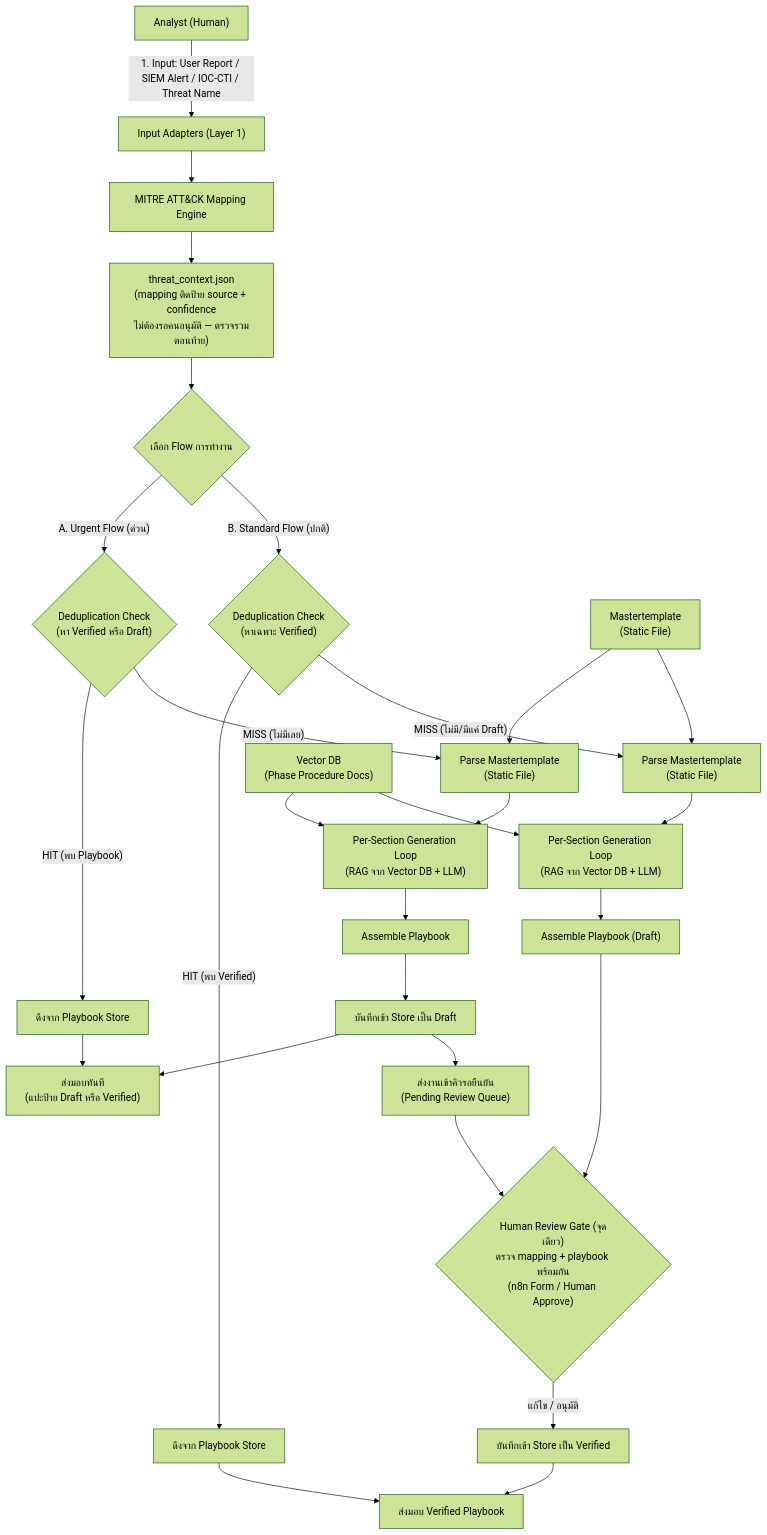
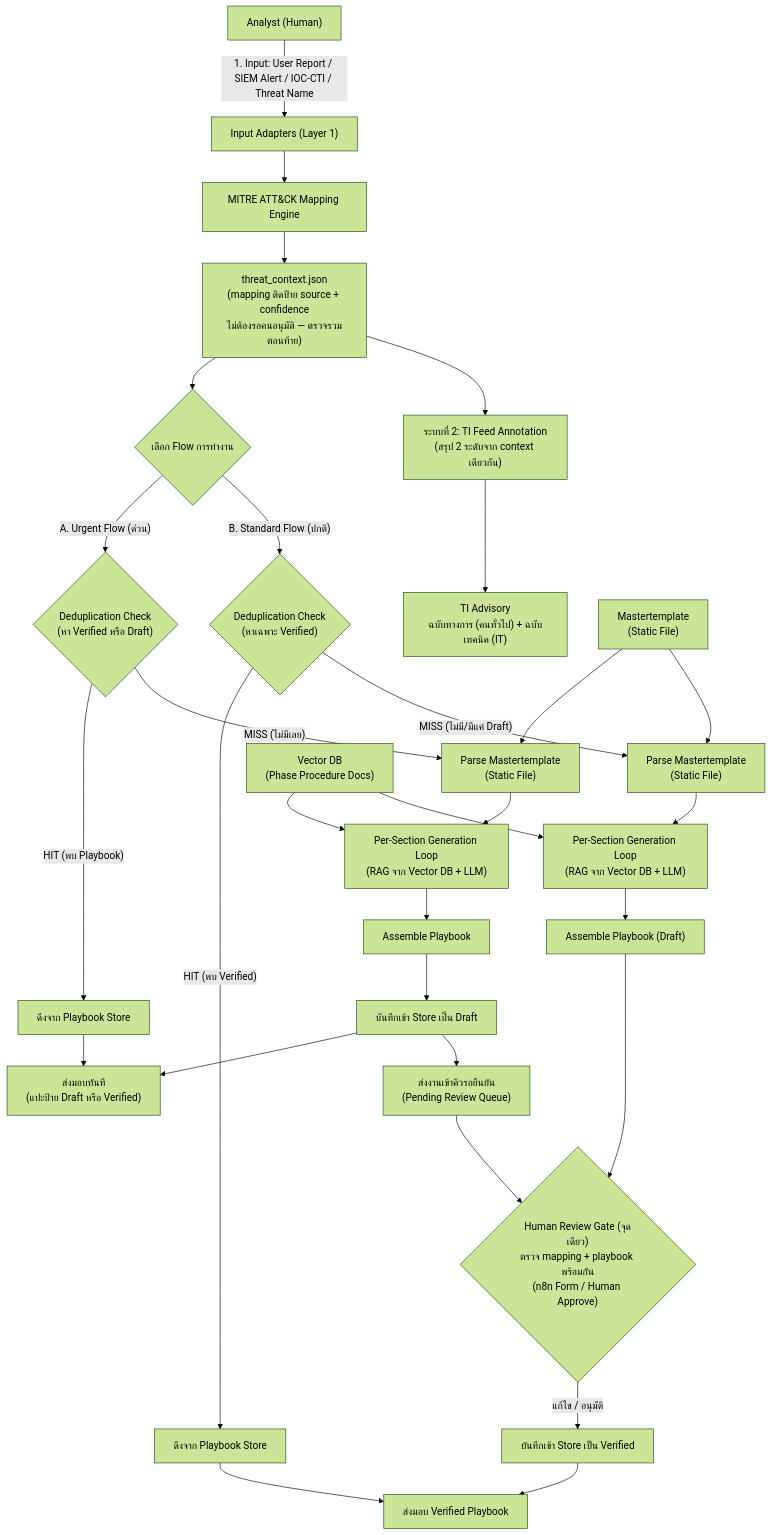
Before and after one commit to Chaithawatcer/omnissiah-playbook-workflow: the first of 15 diagrams in architecture.md, drawn with Mermaid (forest theme). The commit also changed other lines of this file and 1 other file, not shown here.

First line of the commit message:
docs: promote TI Feed Annotation to full System 2 (the project's fire escape)

````diff
--- a/architecture.md
+++ b/architecture.md
@@ -18,39 +18,41 @@
 ```mermaid
 graph TD
     user["Analyst (Human)"] -- "1. Input: User Report / SIEM Alert / IOC-CTI / Threat Name" --> input["Input Adapters (Layer 1)"]
     input --> mapper["MITRE ATT&CK Mapping Engine"]
     mapper --> ctx["threat_context.json\n(mapping ติดป้าย source + confidence\nไม่ต้องรอคนอนุมัติ — ตรวจรวมตอนท้าย)"]
     ctx --> flow_select{"เลือก Flow การทำงาน"}
+    ctx --> ti_annot["ระบบที่ 2: TI Feed Annotation\n(สรุป 2 ระดับจาก context เดียวกัน)"]
+    ti_annot --> ti_out["TI Advisory\nฉบับทางการ (คนทั่วไป) + ฉบับเทคนิค (IT)"]
     
     %% Urgent Flow (Fast Path)
     flow_select -- "A. Urgent Flow (ด่วน)" --> dedup_urg{"Deduplication Check\n(หา Verified หรือ Draft)"}
     dedup_urg -- "HIT (พบ Playbook)" --> store_fetch_urg["ดึงจาก Playbook Store"]
     store_fetch_urg --> output_urg["ส่งมอบทันที\n(แปะป้าย Draft หรือ Verified)"]
     
     dedup_urg -- "MISS (ไม่มีเลย)" --> parse_urg["Parse Mastertemplate\n(Static File)"]
     parse_urg --> loop_urg["Per-Section Generation Loop\n(RAG จาก Vector DB + LLM)"]
     loop_urg --> assemble_urg["Assemble Playbook"]
     assemble_urg --> save_draft["บันทึกเข้า Store เป็น Draft"]
     save_draft --> output_urg
     save_draft --> queue_rev["ส่งงานเข้าคิวรอยืนยัน\n(Pending Review Queue)"]
 
     %% Standard Flow (Verified Path)
     flow_select -- "B. Standard Flow (ปกติ)" --> dedup_std{"Deduplication Check\n(หาเฉพาะ Verified)"}
     dedup_std -- "HIT (พบ Verified)" --> store_fetch_std["ดึงจาก Playbook Store"]
     store_fetch_std --> output_std["ส่งมอบ Verified Playbook"]
     
     dedup_std -- "MISS (ไม่มี/มีแค่ Draft)" --> parse_std["Parse Mastertemplate\n(Static File)"]
     parse_std --> loop_std["Per-Section Generation Loop\n(RAG จาก Vector DB + LLM)"]
     loop_std --> assemble_std["Assemble Playbook (Draft)"]
     assemble_std --> review_gate{"Human Review Gate (จุดเดียว)\nตรวจ mapping + playbook พร้อมกัน\n(n8n Form / Human Approve)"}
     
     queue_rev --> review_gate
     
     review_gate -- "แก้ไข / อนุมัติ" --> save_verified["บันทึกเข้า Store เป็น Verified"]
     save_verified --> output_std
     
     vdb["Vector DB\n(Phase Procedure Docs)"] --> loop_urg
     vdb --> loop_std
     mastertemplate["Mastertemplate\n(Static File)"] --> parse_urg
     mastertemplate --> parse_std
 ```
````
